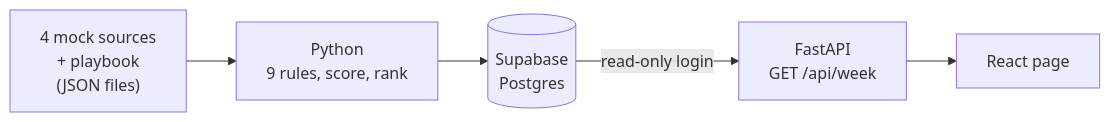
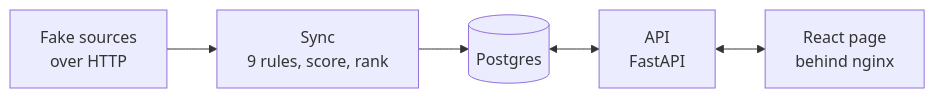
One commit to jdasilvalima/priority-one changed the second of 2 diagrams in README.md. Above: the diagram before and after it, drawn with Mermaid. The commit also changed other lines of this file and 6 other files, not shown here.

````diff
--- a/README.md
+++ b/README.md
@@ -69,7 +86,7 @@
 ```mermaid
 flowchart LR
-    A["4 mock sources<br/>+ playbook<br/>(JSON files)"] --> B["Python<br/>9 rules, score, rank"]
-    B --> C[("Supabase<br/>Postgres")]
-    C -->|read-only login| D["FastAPI<br/>GET /api/week"]
-    D --> E["React page"]
+    A["Fake sources<br/>over HTTP"] --> B["Sync<br/>9 rules, score, rank"]
+    B --> C[("Postgres")]
+    C <--> D["API<br/>FastAPI"]
+    D <--> E["React page<br/>behind nginx"]
 ```
````
